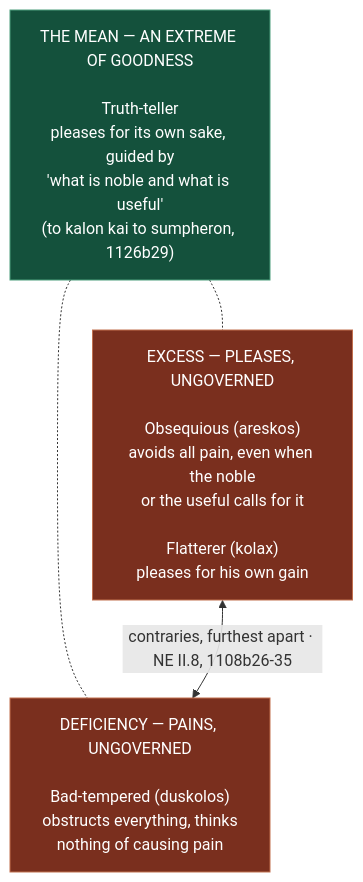
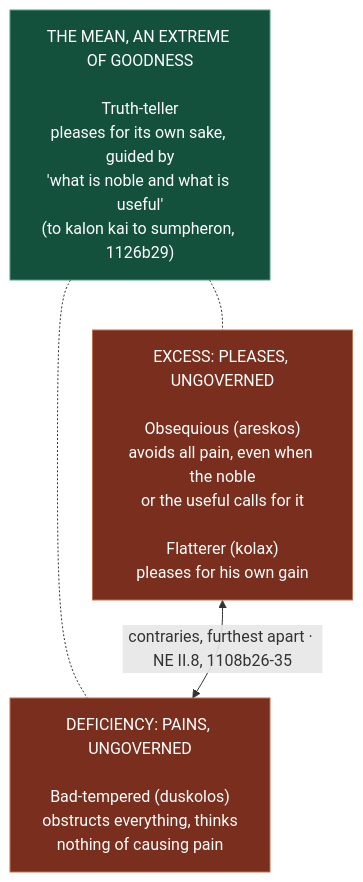
One commit to daiostech/parrhesia changed the first of 2 diagrams in README.md. Above: the diagram before and after it, drawn with Mermaid. The commit also changed other lines of this file, not shown here.

````diff
--- a/README.md
+++ b/README.md
@@ -228,15 +228,15 @@
 ```mermaid
 flowchart TD
-    M["THE MEAN — AN EXTREME OF GOODNESS<br/><br/>Truth-teller<br/>pleases for its own sake, guided by<br/>'what is noble and what is useful'<br/>(to kalon kai to sumpheron, 1126b29)"]
-    E["EXCESS — PLEASES, UNGOVERNED<br/><br/>Obsequious (areskos)<br/>avoids all pain, even when the noble<br/>or the useful calls for it<br/><br/>Flatterer (kolax)<br/>pleases for his own gain"]
-    D["DEFICIENCY — PAINS, UNGOVERNED<br/><br/>Bad-tempered (duskolos)<br/>obstructs everything, thinks<br/>nothing of causing pain"]
+    M["THE MEAN, AN EXTREME OF GOODNESS<br/><br/>Truth-teller<br/>pleases for its own sake, guided by<br/>'what is noble and what is useful'<br/>(to kalon kai to sumpheron, 1126b29)"]
+    E["EXCESS: PLEASES, UNGOVERNED<br/><br/>Obsequious (areskos)<br/>avoids all pain, even when the noble<br/>or the useful calls for it<br/><br/>Flatterer (kolax)<br/>pleases for his own gain"]
+    D["DEFICIENCY: PAINS, UNGOVERNED<br/><br/>Bad-tempered (duskolos)<br/>obstructs everything, thinks<br/>nothing of causing pain"]
 
     M -.- E
     M -.- D
     E <-- "contraries, furthest apart · NE II.8, 1108b26-35" --> D
 
     classDef mean fill:#14513c,stroke:#4d9e7c,color:#ffffff
     classDef vice fill:#7a2f1e,stroke:#c1704f,color:#ffffff
     class M mean
     class E,D vice
 ```
````
